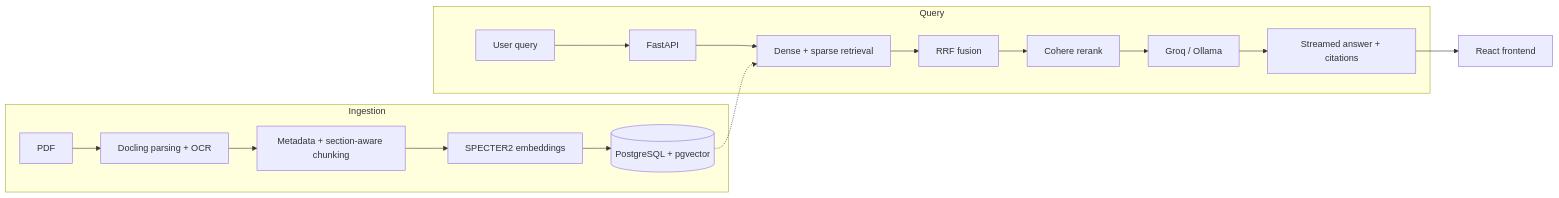
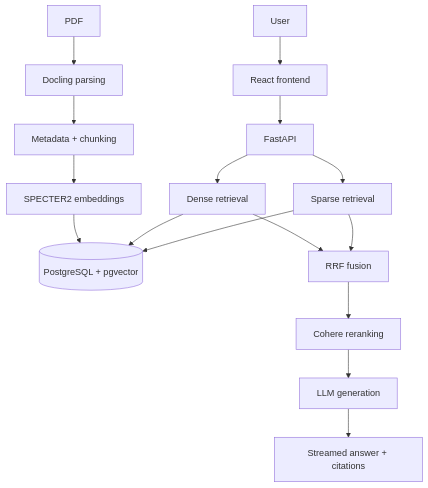
Before and after one commit to Rupinder51120/Anthology: the diagram in README.md, drawn with Mermaid. The commit also changed other lines of this file, not shown here.

Commit message:
docs: simplify README and highlight verified results

````diff
--- a/README.md
+++ b/README.md
@@ -7,21 +7,19 @@
 ```mermaid
-flowchart LR
-    subgraph Ingestion
-        PDF[PDF] --> DOC[Docling parsing + OCR]
-        DOC --> CHUNK[Metadata + section-aware chunking]
-        CHUNK --> EMBED[SPECTER2 embeddings]
-        EMBED --> PG[(PostgreSQL + pgvector)]
-    end
+flowchart TD
+    PDF[PDF] --> DOC[Docling parsing]
+    DOC --> CHUNK[Metadata + chunking]
+    CHUNK --> EMBED[SPECTER2 embeddings]
+    EMBED --> PG[(PostgreSQL + pgvector)]
 
-    subgraph Query
-        Q[User query] --> API[FastAPI]
-        API --> RET[Dense + sparse retrieval]
-        RET --> RRF[RRF fusion]
-        RRF --> RR[Cohere rerank]
-        RR --> LLM[Groq / Ollama]
-        LLM --> OUT[Streamed answer + citations]
-    end
-
-    PG -.-> RET
-    OUT --> UI[React frontend]
+    USER[User] --> UI[React frontend]
+    UI --> API[FastAPI]
+    API --> DENSE[Dense retrieval]
+    API --> SPARSE[Sparse retrieval]
+    DENSE --> PG
+    SPARSE --> PG
+    DENSE --> RRF[RRF fusion]
+    SPARSE --> RRF
+    RRF --> RERANK[Cohere reranking]
+    RERANK --> LLM[LLM generation]
+    LLM --> OUT[Streamed answer + citations]
 ```
````
